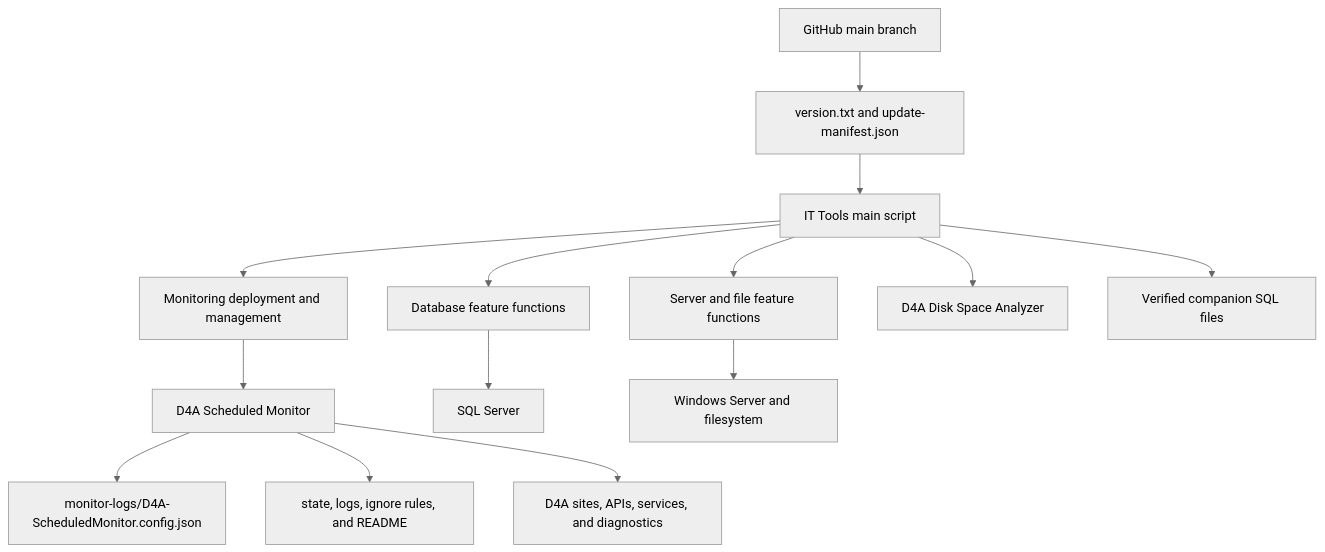
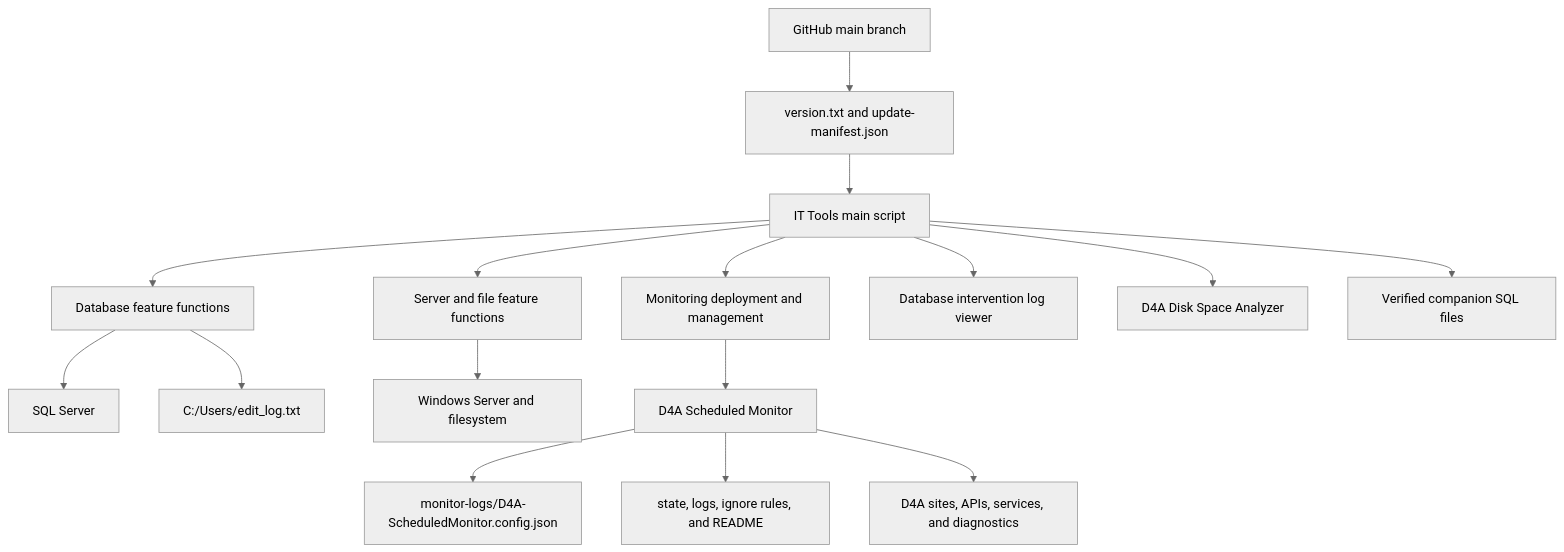
Before and after one commit to Khaled-barbar/IT_Tools_DB_Management_Server_Tools: the first of 5 diagrams in docs/02-technical-design.md, drawn with Mermaid (neutral theme). The commit also changed other lines of this file and 8 other files, not shown here.

Commit message:
Add monitor auto-updates and database audit log

````diff
--- a/docs/02-technical-design.md
+++ b/docs/02-technical-design.md
@@ -11,16 +11,18 @@
 ```mermaid
 flowchart TD
     GitHub["GitHub main branch"] --> Release["version.txt and update-manifest.json"]
     Release --> Main["IT Tools main script"]
     Main --> DB["Database feature functions"]
     Main --> Server["Server and file feature functions"]
     Main --> Deploy["Monitoring deployment and management"]
+    Main --> Audit["Database intervention log viewer"]
     Main --> Disk["D4A Disk Space Analyzer"]
     Main --> SQLFiles["Verified companion SQL files"]
     Deploy --> Monitor["D4A Scheduled Monitor"]
     Monitor --> Config["monitor-logs/D4A-ScheduledMonitor.config.json"]
     Monitor --> State["state, logs, ignore rules, and README"]
     DB --> SqlServer["SQL Server"]
     Server --> Windows["Windows Server and filesystem"]
     Monitor --> App["D4A sites, APIs, services, and diagnostics"]
+    DB --> EditLog["C:/Users/edit_log.txt"]
 ```
````
